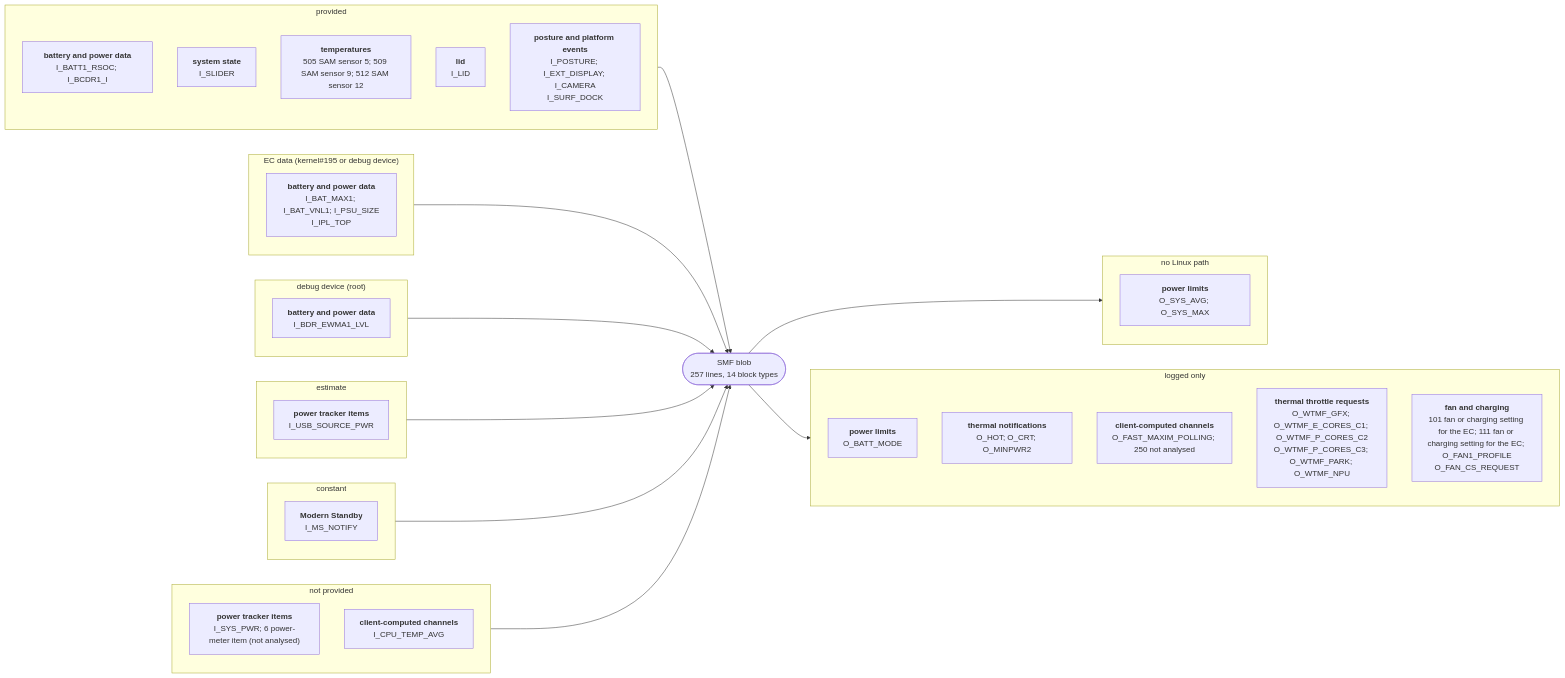
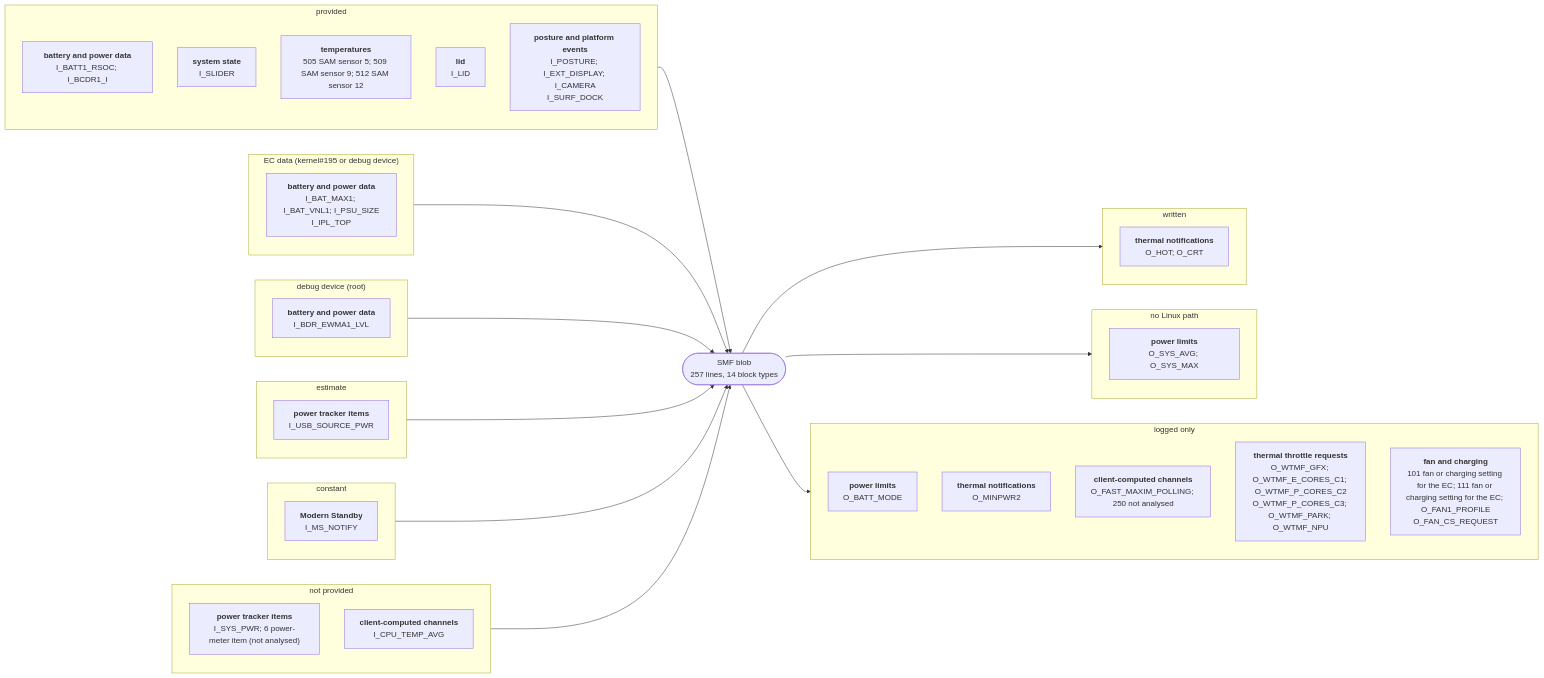
Before and after one commit to larsschellhas/linux-surface-power: the diagram in docs/devices/surface-laptop-7-snapdragon.md, drawn with Mermaid. The commit also changed other lines of this file and 53 other files, not shown here.

First line of the commit message:
Write PL3, PL4 and the thermal-policy requests; control only with every output written

````diff
--- a/docs/devices/surface-laptop-7-snapdragon.md
+++ b/docs/devices/surface-laptop-7-snapdragon.md
@@ -20,45 +20,49 @@
 ```mermaid
 flowchart LR
     subgraph IN0["provided"]
         I0_28B7BD85["<b>battery and power data</b><br/>I_BATT1_RSOC; I_BCDR1_I"]
         I0_2DD6960F["<b>system state</b><br/>I_SLIDER"]
         I0_2E8B14C2["<b>temperatures</b><br/>505 SAM sensor 5; 509 SAM sensor 9; 512 SAM sensor 12"]
         I0_5D0EE597["<b>lid</b><br/>I_LID"]
         I0_8060B17F["<b>posture and platform events</b><br/>I_POSTURE; I_EXT_DISPLAY; I_CAMERA<br/>I_SURF_DOCK"]
     end
     IN0 --> B
     subgraph IN1["EC data (kernel#195 or debug device)"]
         I1_28B7BD85["<b>battery and power data</b><br/>I_BAT_MAX1; I_BAT_VNL1; I_PSU_SIZE<br/>I_IPL_TOP"]
     end
     IN1 --> B
     subgraph IN2["debug device (root)"]
         I2_28B7BD85["<b>battery and power data</b><br/>I_BDR_EWMA1_LVL"]
     end
     IN2 --> B
     subgraph IN3["estimate"]
         I3_049E36F2["<b>power tracker items</b><br/>I_USB_SOURCE_PWR"]
     end
     IN3 --> B
     subgraph IN4["constant"]
         I4_DEF1AB69["<b>Modern Standby</b><br/>I_MS_NOTIFY"]
     end
     IN4 --> B
     subgraph IN5["not provided"]
         I5_049E36F2["<b>power tracker items</b><br/>I_SYS_PWR; 6 power-meter item (not analysed)"]
         I5_87008365["<b>client-computed channels</b><br/>I_CPU_TEMP_AVG"]
     end
     IN5 --> B
     B(["SMF blob<br/>257 lines, 14 block types"])
-    subgraph OUT0["no Linux path"]
-        O0_0B7B5350["<b>power limits</b><br/>O_SYS_AVG; O_SYS_MAX"]
+    subgraph OUT0["written"]
+        O0_110DF2A4["<b>thermal notifications</b><br/>O_HOT; O_CRT"]
     end
     B --> OUT0
-    subgraph OUT1["logged only"]
-        O1_0B7B5350["<b>power limits</b><br/>O_BATT_MODE"]
-        O1_110DF2A4["<b>thermal notifications</b><br/>O_HOT; O_CRT; O_MINPWR2"]
-        O1_87008365["<b>client-computed channels</b><br/>O_FAST_MAXIM_POLLING; 250 not analysed"]
-        O1_9BBB8910["<b>thermal throttle requests</b><br/>O_WTMF_GFX; O_WTMF_E_CORES_C1; O_WTMF_P_CORES_C2<br/>O_WTMF_P_CORES_C3; O_WTMF_PARK; O_WTMF_NPU"]
-        O1_B620798F["<b>fan and charging</b><br/>101 fan or charging setting for the EC; 111 fan or charging setting for the EC; O_FAN1_PROFILE<br/>O_FAN_CS_REQUEST"]
+    subgraph OUT1["no Linux path"]
+        O1_0B7B5350["<b>power limits</b><br/>O_SYS_AVG; O_SYS_MAX"]
     end
     B --> OUT1
+    subgraph OUT2["logged only"]
+        O2_0B7B5350["<b>power limits</b><br/>O_BATT_MODE"]
+        O2_110DF2A4["<b>thermal notifications</b><br/>O_MINPWR2"]
+        O2_87008365["<b>client-computed channels</b><br/>O_FAST_MAXIM_POLLING; 250 not analysed"]
+        O2_9BBB8910["<b>thermal throttle requests</b><br/>O_WTMF_GFX; O_WTMF_E_CORES_C1; O_WTMF_P_CORES_C2<br/>O_WTMF_P_CORES_C3; O_WTMF_PARK; O_WTMF_NPU"]
+        O2_B620798F["<b>fan and charging</b><br/>101 fan or charging setting for the EC; 111 fan or charging setting for the EC; O_FAN1_PROFILE<br/>O_FAN_CS_REQUEST"]
+    end
+    B --> OUT2
 ```
````
